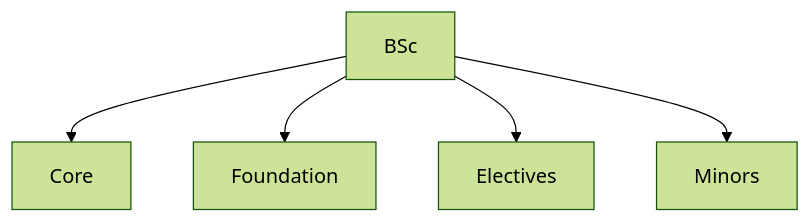
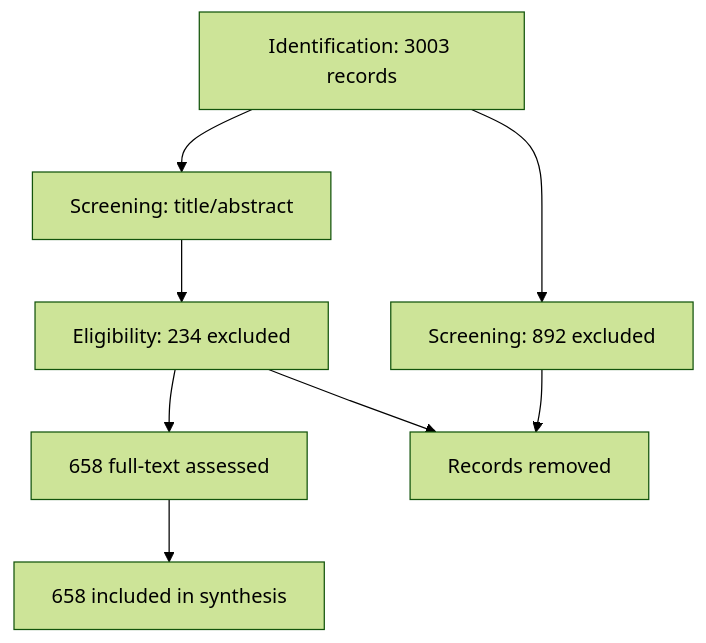
One commit to yip-lgtm/PhysicsSelfStudy changed the third of 6 diagrams in 04_MPhil_PhD_Prep/literature_reviews/README.md. Above: the diagram before and after it, drawn with Mermaid (forest theme). The commit also changed other lines of this file and 17 other files, not shown here.

````diff
--- a/04_MPhil_PhD_Prep/literature_reviews/README.md
+++ b/04_MPhil_PhD_Prep/literature_reviews/README.md
@@ -121,7 +556,10 @@
 ```mermaid
 graph TD
-    A[BSc] --> B[Core]
-    A --> C[Foundation]
-    A --> D[Electives]
-    A --> E[Minors]
+    A[Identification: 3003 records] --> B[Screening: 892 excluded]
+    A --> C[Screening: title/abstract]
+    C --> D[Eligibility: 234 excluded]
+    D --> E[658 full-text assessed]
+    E --> F[658 included in synthesis]
+    B --> G[Records removed]
+    D --> G
 ```
````
